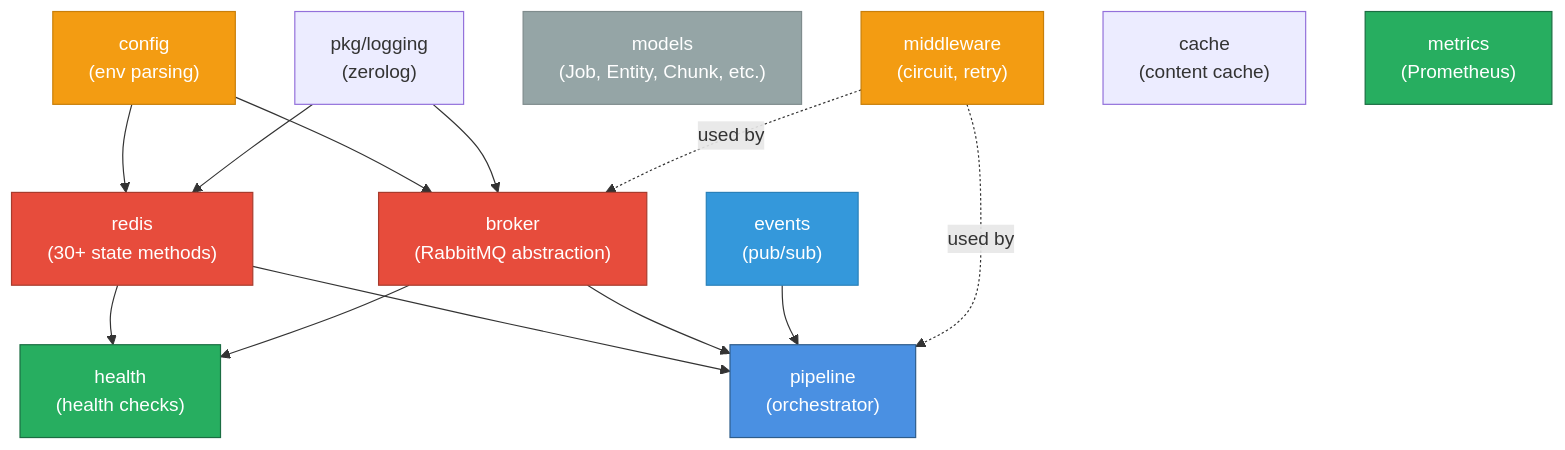
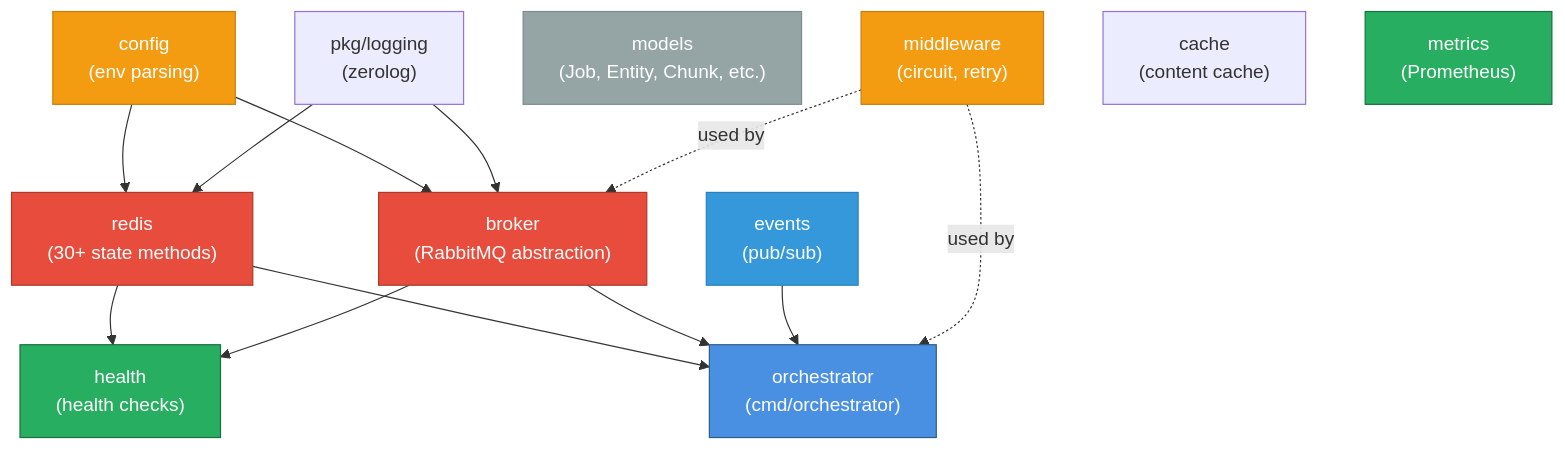
Before and after one commit to sudebaker/textFlow: the first of 3 diagrams in internal/README_ARCHITECTURE.md, drawn with Mermaid. The commit also changed other lines of this file and 128 other files, not shown here.

````diff
--- a/internal/README_ARCHITECTURE.md
+++ b/internal/README_ARCHITECTURE.md
@@ -24,39 +22,37 @@
 ```mermaid
 graph TB
     Config["config<br/>(env parsing)"]
     Logging["pkg/logging<br/>(zerolog)"]
     
     Config --> Redis["redis<br/>(30+ state methods)"]
     Config --> Broker["broker<br/>(RabbitMQ abstraction)"]
     Logging --> Redis
     Logging --> Broker
     
     Models["models<br/>(Job, Entity, Chunk, etc.)"]
     EventBus["events<br/>(pub/sub)"]
     
-    Redis --> Pipeline
-    Broker --> Pipeline
-    EventBus --> Pipeline
-    
-    Pipeline["pipeline<br/>(orchestrator)"]
+    Redis --> Orchestrator["orchestrator<br/>(cmd/orchestrator)"]
+    Broker --> Orchestrator
+    EventBus --> Orchestrator
     
     Middleware["middleware<br/>(circuit, retry)"]
     Cache["cache<br/>(content cache)"]
     Health["health<br/>(health checks)"]
     Metrics["metrics<br/>(Prometheus)"]
     
     Redis --> Health
     Broker --> Health
-    Middleware -.->|used by| Pipeline
+    Middleware -.->|used by| Orchestrator
     Middleware -.->|used by| Broker
     
     style Config fill:#F39C12,stroke:#C87F0A,color:#fff
     style Redis fill:#E74C3C,stroke:#A73B2D,color:#fff
     style Broker fill:#E74C3C,stroke:#A73B2D,color:#fff
-    style Pipeline fill:#4A90E2,stroke:#2E5C8A,color:#fff
+    style Orchestrator fill:#4A90E2,stroke:#2E5C8A,color:#fff
     style Models fill:#95A5A6,stroke:#7F8C8D,color:#fff
     style EventBus fill:#3498DB,stroke:#2980B9,color:#fff
     style Middleware fill:#F39C12,stroke:#C87F0A,color:#fff
     style Health fill:#27AE60,stroke:#1B6D42,color:#fff
     style Metrics fill:#27AE60,stroke:#1B6D42,color:#fff
 ```
````
